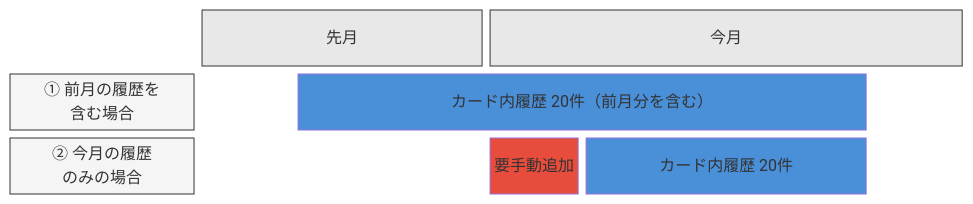
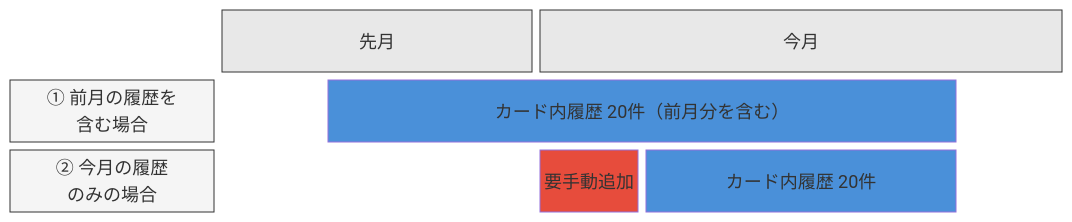
The diagram in ICCardManager/docs/manual/管理者マニュアル.md (kuwayamamasayuki/ICCardManager), drawn with Mermaid before and after one commit.

Commit message:
docs: block-beta図のフォントサイズを18pxに拡大 (#950)

````diff
--- a/ICCardManager/docs/manual/管理者マニュアル.md
+++ b/ICCardManager/docs/manual/管理者マニュアル.md
@@ -376,24 +376,25 @@
 ```mermaid
+%%{init: {"theme": "default", "themeVariables": {"fontSize": "18px"}}}%%
 block-beta
     columns 10
     space:2 B["先月"]:3 C["今月"]:5
 
     A1["① 前月の履歴を\n含む場合"]:2
     space:1
     D1["カード内履歴 20件（前月分を含む）"]:6
     space:1
 
     A2["② 今月の履歴\nのみの場合"]:2
     space:3
     E2["要手動追加"]:1
     D2["カード内履歴 20件"]:3
     space:1
 
     style D1 fill:#4A90D9,color:#fff
     style D2 fill:#4A90D9,color:#fff
     style E2 fill:#E74C3C,color:#fff
     style A1 fill:#f5f5f5,stroke:#333
     style A2 fill:#f5f5f5,stroke:#333
     style B fill:#e8e8e8,stroke:#333
     style C fill:#e8e8e8,stroke:#333
 ```
````
